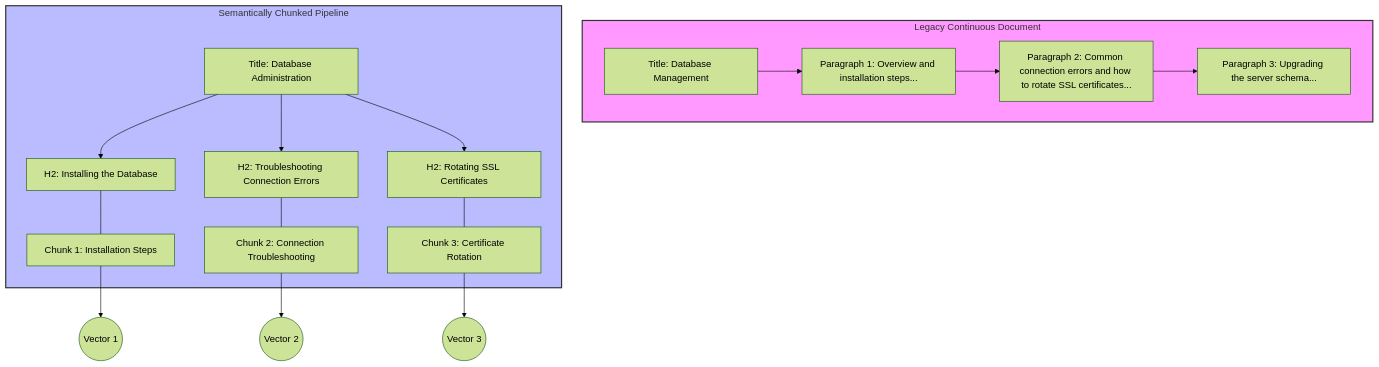
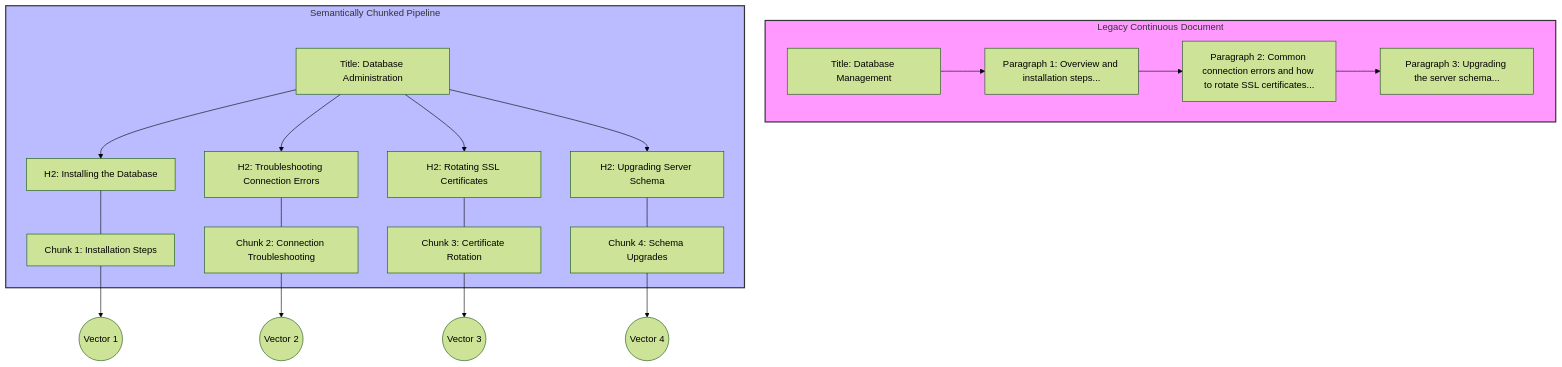
Before and after one commit to vaishvanara/techwritingkb: the diagram in docs/industry-terms/semantic-chunking.md, drawn with Mermaid (forest theme). The commit also changed other lines of this file and 51 other files, not shown here.

````diff
--- a/docs/industry-terms/semantic-chunking.md
+++ b/docs/industry-terms/semantic-chunking.md
@@ -43,27 +43,30 @@
 ```mermaid
 graph TD
     subgraph Legacy_Doc [Legacy Continuous Document]
         A[Title: Database Management]
         A --> B[Paragraph 1: Overview and installation steps...]
         B --> C[Paragraph 2: Common connection errors and how to rotate SSL certificates...]
         C --> D[Paragraph 3: Upgrading the server schema...]
     end
 
     subgraph Chunked_Pipeline [Semantically Chunked Pipeline]
         E[Title: Database Administration]
         E --> F[H2: Installing the Database]
         E --> G[H2: Troubleshooting Connection Errors]
         E --> H[H2: Rotating SSL Certificates]
+        E --> I[H2: Upgrading Server Schema]
         
         F --- F1[Chunk 1: Installation Steps]
         G --- G1[Chunk 2: Connection Troubleshooting]
         H --- H1[Chunk 3: Certificate Rotation]
+        I --- I1[Chunk 4: Schema Upgrades]
     end
 
     F1 --> V1((Vector 1))
     G1 --> V2((Vector 2))
     H1 --> V3((Vector 3))
+    I1 --> V4((Vector 4))
 
     style Legacy_Doc fill:#f9f,stroke:#333,stroke-width:2px
     style Chunked_Pipeline fill:#bbf,stroke:#333,stroke-width:2px
 ```
````
